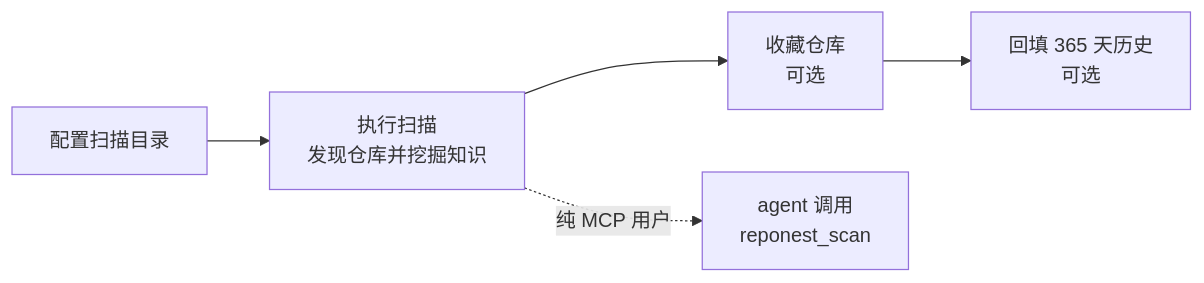
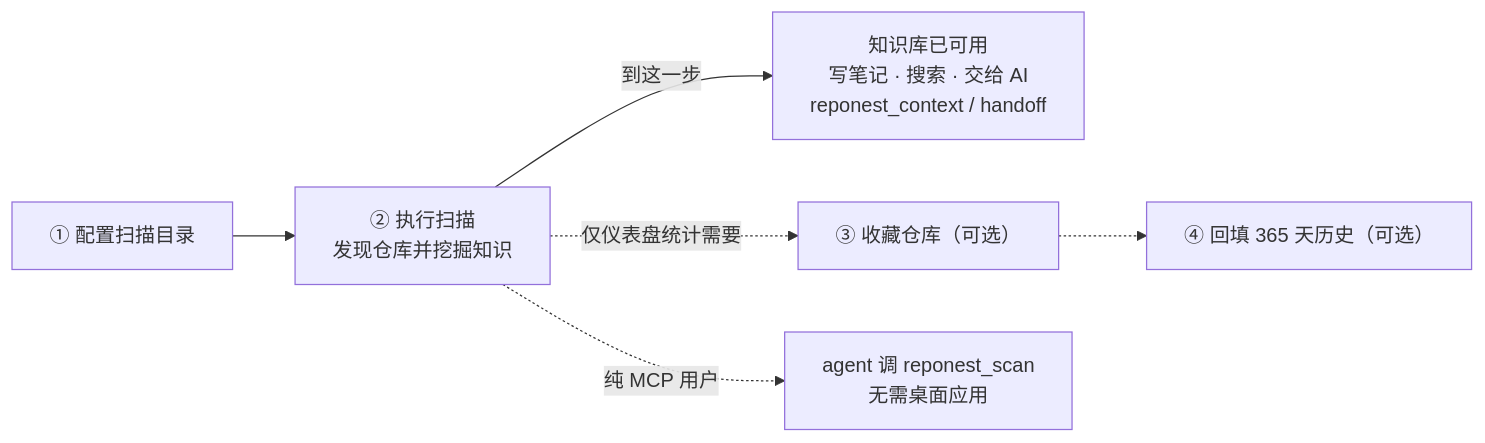
The diagram in docs/getting-started.md (sky-jiangcheng/RepoNest), drawn with Mermaid before and after one commit. The commit also changed other lines of this file and 35 other files, not shown here.

First line of the commit message:
docs: 图文搭配体系化（8→16 张图）+ 修复 mermaid flowchart 被压成线

````diff
--- a/docs/getting-started.md
+++ b/docs/getting-started.md
@@ -36,11 +36,8 @@
 ```mermaid
 flowchart LR
-    A[配置扫描目录] --> B[执行扫描
-发现仓库并挖掘知识]
-    B --> C[收藏仓库
-可选]
-    C --> D[回填 365 天历史
-可选]
-    B -. 纯 MCP 用户 .-> E[agent 调用
-reponest_scan]
+    A["① 配置扫描目录"] --> B["② 执行扫描<br/>发现仓库并挖掘知识"]
+    B -->|到这一步| DONE["知识库已可用<br/>写笔记 · 搜索 · 交给 AI<br/>reponest_context / handoff"]
+    B -. 仅仪表盘统计需要 .-> C["③ 收藏仓库（可选）"]
+    C -.-> D["④ 回填 365 天历史（可选）"]
+    B -. 纯 MCP 用户 .-> E["agent 调 reponest_scan<br/>无需桌面应用"]
 ```
````
